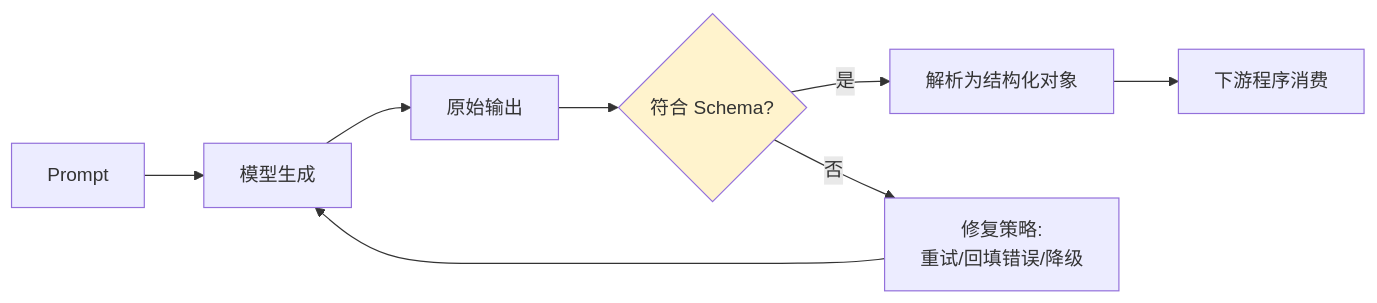
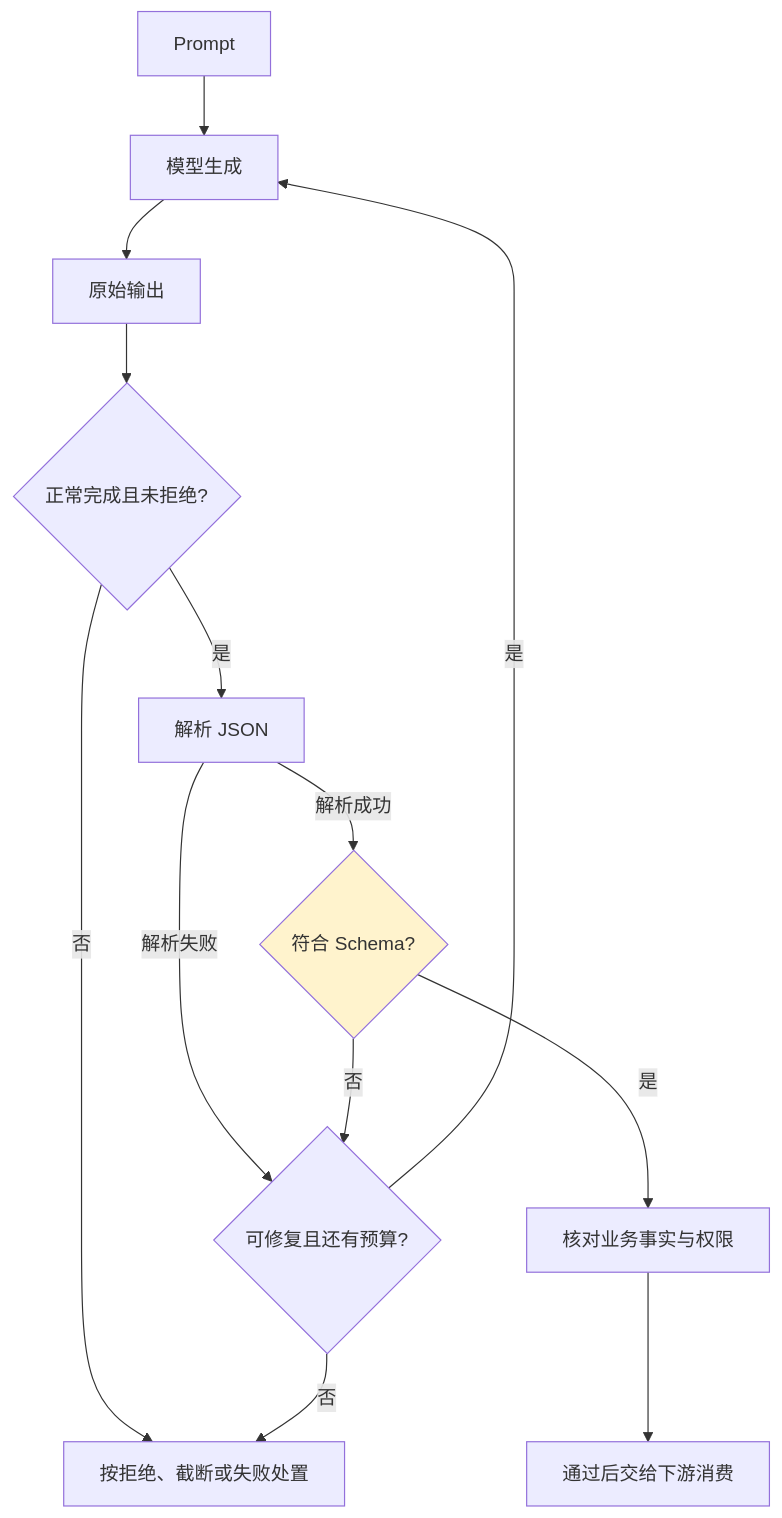
One commit to oneleaveknowsthefall/awesome-ai-roadmap changed the diagram in docs/engineering/03-output-safety/05-structured-output-contracts.md. Above: the diagram before and after it, drawn with Mermaid. The commit also changed other lines of this file and 27 other files, not shown here.

````diff
--- a/docs/engineering/03-output-safety/05-structured-output-contracts.md
+++ b/docs/engineering/03-output-safety/05-structured-output-contracts.md
@@ -11,12 +11,17 @@
 ```mermaid
-flowchart LR
+flowchart TB
     P["Prompt"] --> M["模型生成"]
     M --> RAW["原始输出"]
-    RAW --> SCHEMA{"符合 Schema?"}
-    SCHEMA -->|是| PARSE["解析为结构化对象"]
-    SCHEMA -->|否| REPAIR["修复策略:<br/>重试/回填错误/降级"]
-    REPAIR --> M
-    PARSE --> DOWNSTREAM["下游程序消费"]
+    RAW --> STATUS{"正常完成且未拒绝?"}
+    STATUS -->|否| STOP["按拒绝、截断或失败处置"]
+    STATUS -->|是| PARSE["解析 JSON"]
+    PARSE -->|解析成功| SCHEMA{"符合 Schema?"}
+    PARSE -->|解析失败| REPAIR{"可修复且还有预算?"}
+    SCHEMA -->|否| REPAIR
+    REPAIR -->|是| M
+    REPAIR -->|否| STOP
+    SCHEMA -->|是| BUSINESS["核对业务事实与权限"]
+    BUSINESS --> DOWNSTREAM["通过后交给下游消费"]
 
     style SCHEMA fill:#fff3cd
 ```
````
